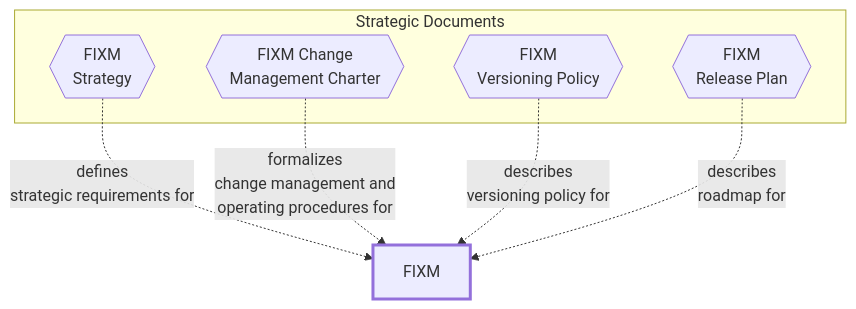
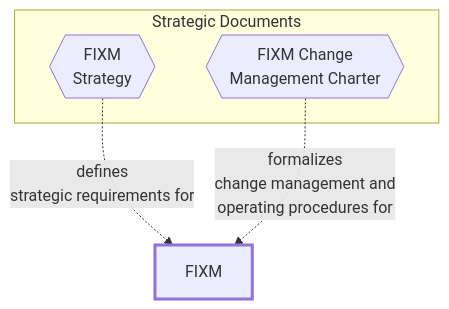
The diagram in docs/home.md (fixm-ccb/FIXM-Core-4.2.0-testing), drawn with Mermaid before and after one commit.

````diff
--- a/docs/home.md
+++ b/docs/home.md
@@ -9,29 +9,29 @@
 ```mermaid
 graph TD
 
 FIXM
 
 subgraph Strategic Documents
 STRATEGY{{FIXM<br>Strategy}}
 CHARTER{{FIXM Change<br>Management Charter}}
-VERSIONING{{FIXM<br>Versioning Policy}}
-RELEASEPLAN{{FIXM<br>Release Plan}}
+%% VERSIONING{{FIXM<br>Versioning Policy}}
+%% RELEASEPLAN{{FIXM<br>Release Plan}}
 end
 
 STRATEGY-. defines<br>strategic requirements for .-> FIXM
 CHARTER-.  formalizes<br>change management and<br>operating procedures for .-> FIXM
-VERSIONING-. describes<br>versioning policy for .-> FIXM
-RELEASEPLAN-. describes<br>roadmap for .-> FIXM
+%% VERSIONING-. describes<br>versioning policy for .-> FIXM
+%% RELEASEPLAN-. describes<br>roadmap for .-> FIXM
 
 %% style STRATEGY fill:#F0FFFF,stroke:#333,stroke-width:3px
 %% style CHARTER fill:#F0FFFF,stroke:#333,stroke-width:3px
 %% style VERSIONING fill:#F0FFFF,stroke:#333,stroke-width:3px
 %% style RELEASEPLAN fill:#F0FFFF,stroke:#333,stroke-width:3px
 %% style FIXM fill:#F0FFFF,stroke:#333,stroke-width:3px
 style FIXM stroke-width:3px
 
 click STRATEGY "https://fixm-ccb.github.io/FIXM-Core-4.2.0-testing/#/strategic-docs/strategy" "Browse the FIXM Strategy"
 click CHARTER "https://fixm-ccb.github.io/FIXM-Core-4.2.0-testing/#/strategic-docs/charter" "Browse the FIXM Change Management Charter"
-click VERSIONING "https://fixm-ccb.github.io/FIXM-Core-4.2.0-testing/#/strategic-docs/versioning" "Browse the FIXM Versioning Policy"
-click RELEASEPLAN "https://fixm-ccb.github.io/FIXM-Core-4.2.0-testing/#/strategic-docs/releasePlan" "Browse the FIXM Release Plan"
+%% click VERSIONING "https://fixm-ccb.github.io/FIXM-Core-4.2.0-testing/#/strategic-docs/versioning" "Browse the FIXM Versioning Policy"
+%% click RELEASEPLAN "https://fixm-ccb.github.io/FIXM-Core-4.2.0-testing/#/strategic-docs/releasePlan" "Browse the FIXM Release Plan"
 ```
````
